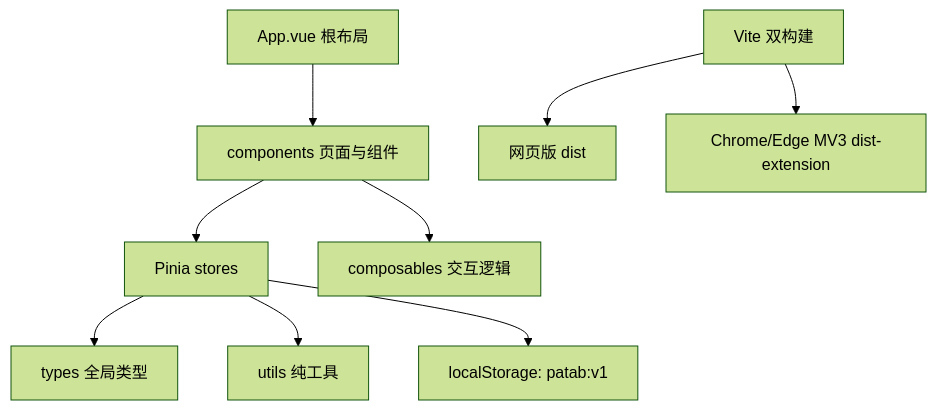
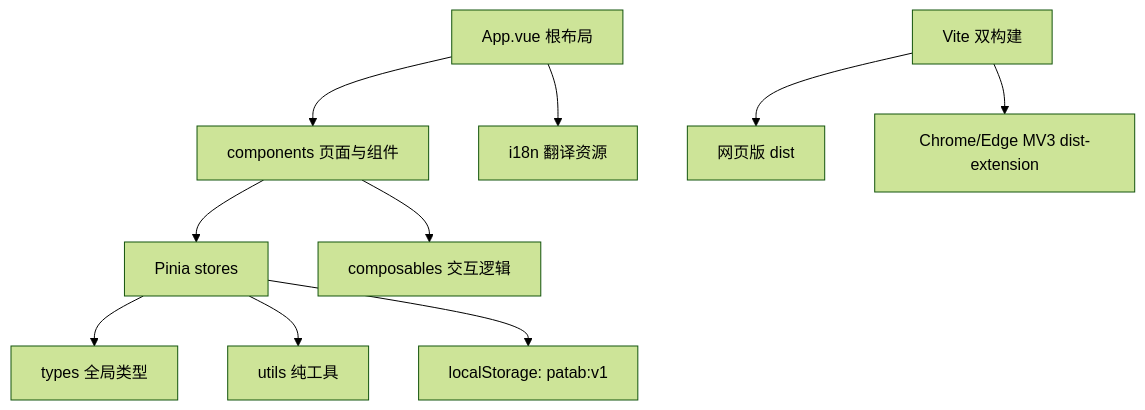
Before and after one commit to yan5236/patab: the diagram in docs/ARCHITECTURE.md, drawn with Mermaid (forest theme). The commit also changed other lines of this file and 62 other files, not shown here.

````diff
--- a/docs/ARCHITECTURE.md
+++ b/docs/ARCHITECTURE.md
@@ -5,11 +5,12 @@
 ```mermaid
 flowchart TD
   App["App.vue 根布局"] --> Components["components 页面与组件"]
+  App --> I18n["i18n 翻译资源"]
   Components --> Stores["Pinia stores"]
   Components --> Composables["composables 交互逻辑"]
   Stores --> Types["types 全局类型"]
   Stores --> Utils["utils 纯工具"]
   Stores --> Storage["localStorage: patab:v1"]
   Build["Vite 双构建"] --> Web["网页版 dist"]
   Build --> Extension["Chrome/Edge MV3 dist-extension"]
 ```
````
